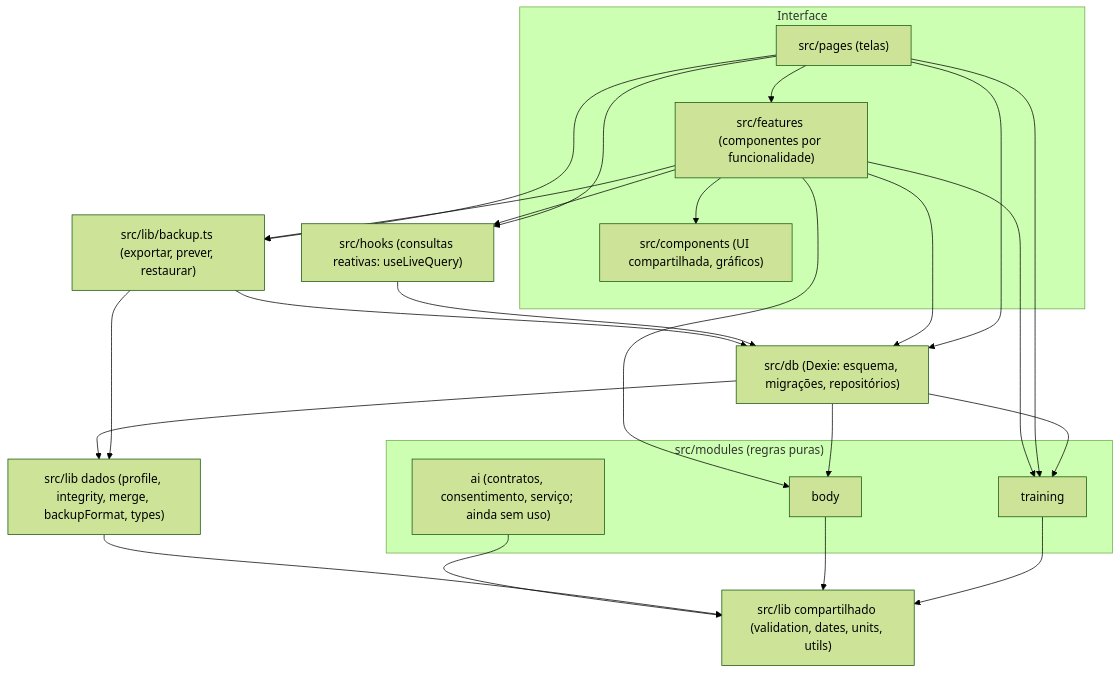
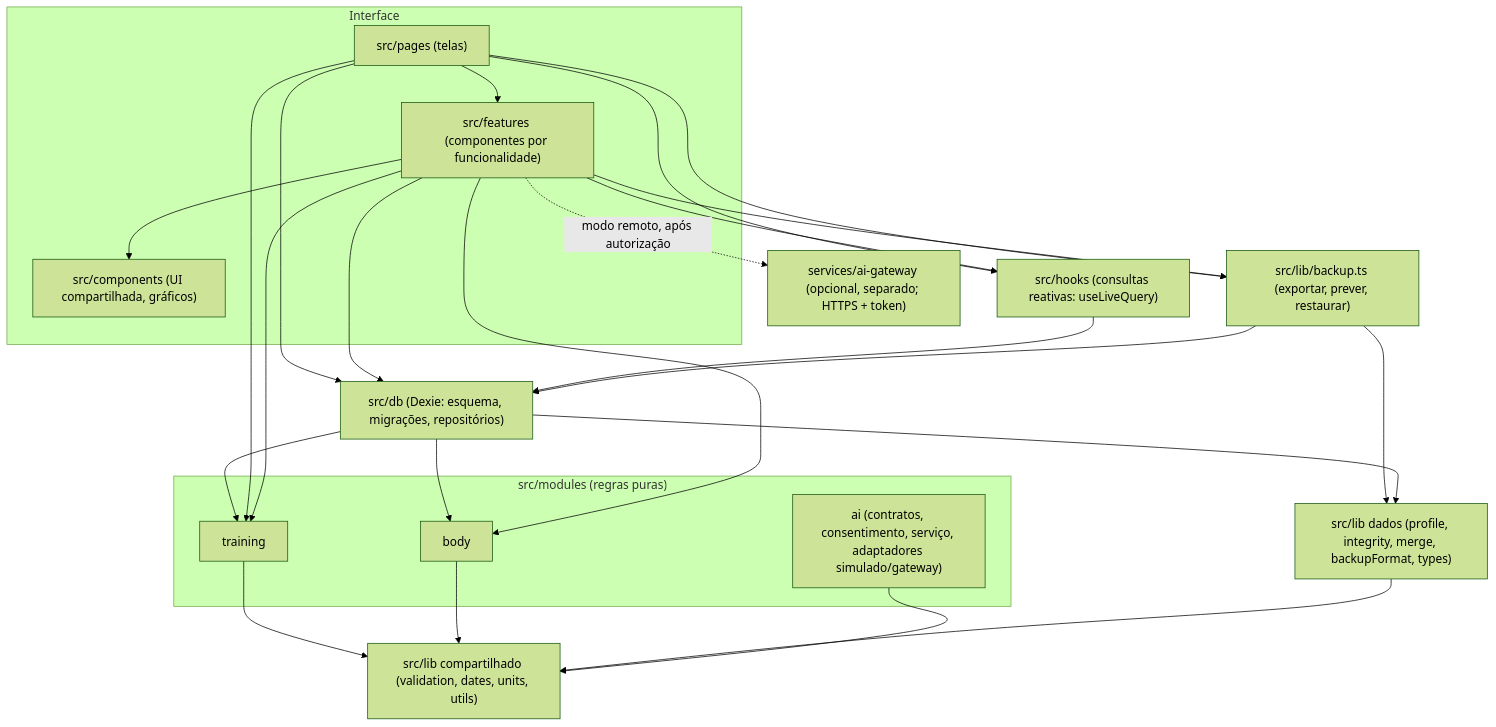
One commit to AdrielBR25/IronTrack changed the diagram in docs/ARQUITETURA.md. Above: the diagram before and after it, drawn with Mermaid (forest theme). The commit also changed other lines of this file and 4 other files, not shown here.

First line of the commit message:
docs: IA_GATEWAY.md e modo remoto em IA_ARQUITETURA.md, ARQUITETURA.md e README

````diff
--- a/docs/ARQUITETURA.md
+++ b/docs/ARQUITETURA.md
@@ -19,39 +20,41 @@
 ```mermaid
 flowchart TD
   subgraph UI["Interface"]
     pages["src/pages (telas)"]
     features["src/features (componentes por funcionalidade)"]
     components["src/components (UI compartilhada, gráficos)"]
   end
   hooks["src/hooks (consultas reativas: useLiveQuery)"]
   db["src/db (Dexie: esquema, migrações, repositórios)"]
   backup["src/lib/backup.ts (exportar, prever, restaurar)"]
   subgraph Domínios["src/modules (regras puras)"]
     training["training"]
     body["body"]
-    ai["ai (contratos, consentimento, serviço; ainda sem uso)"]
+    ai["ai (contratos, consentimento, serviço, adaptadores simulado/gateway)"]
   end
   shared["src/lib compartilhado (validation, dates, units, utils)"]
   safety["src/lib dados (profile, integrity, merge, backupFormat, types)"]
 
   pages --> features --> components
   pages --> hooks
   features --> hooks
   pages --> db
   features --> db
   pages --> backup
   features --> backup
   hooks --> db
   backup --> db
   backup --> safety
   db --> training
   db --> body
   db --> safety
   pages --> training
   features --> training
   features --> body
   training --> shared
   body --> shared
   safety --> shared
   ai --> shared
+  gateway["services/ai-gateway (opcional, separado; HTTPS + token)"]
+  features -. "modo remoto, após autorização" .-> gateway
 ```
````
